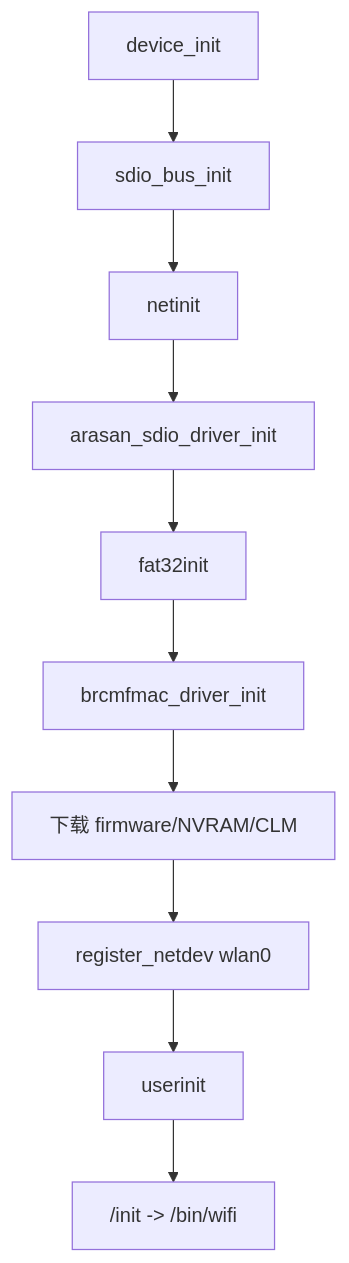
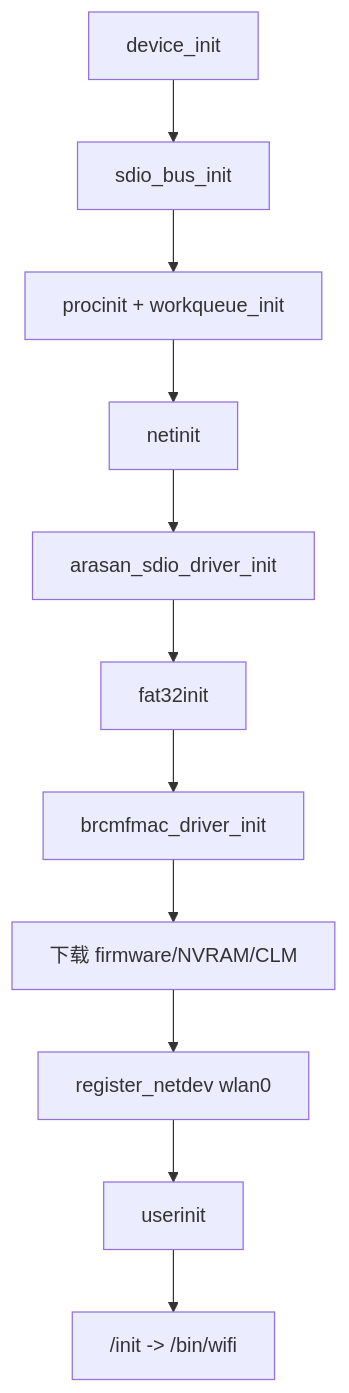
Before and after one commit to jimingkang/xv6-aarch64: diagram 12 of 12 in readme/readme_sdio_wifi.md, drawn with Mermaid. The commit also changed other lines of this file and 14 other files, not shown here.

````diff
--- a/readme/readme_sdio_wifi.md
+++ b/readme/readme_sdio_wifi.md
@@ -398,12 +395,13 @@
 ```mermaid
 flowchart TD
     A["device_init"] --> B["sdio_bus_init"]
-    B --> C["netinit"]
+    B --> P["procinit + workqueue_init"]
+    P --> C["netinit"]
     C --> D["arasan_sdio_driver_init"]
     D --> E["fat32init"]
     E --> F["brcmfmac_driver_init"]
     F --> G["下载 firmware/NVRAM/CLM"]
     G --> H["register_netdev wlan0"]
     H --> I["userinit"]
     I --> J["/init -> /bin/wifi"]
 ```
````
